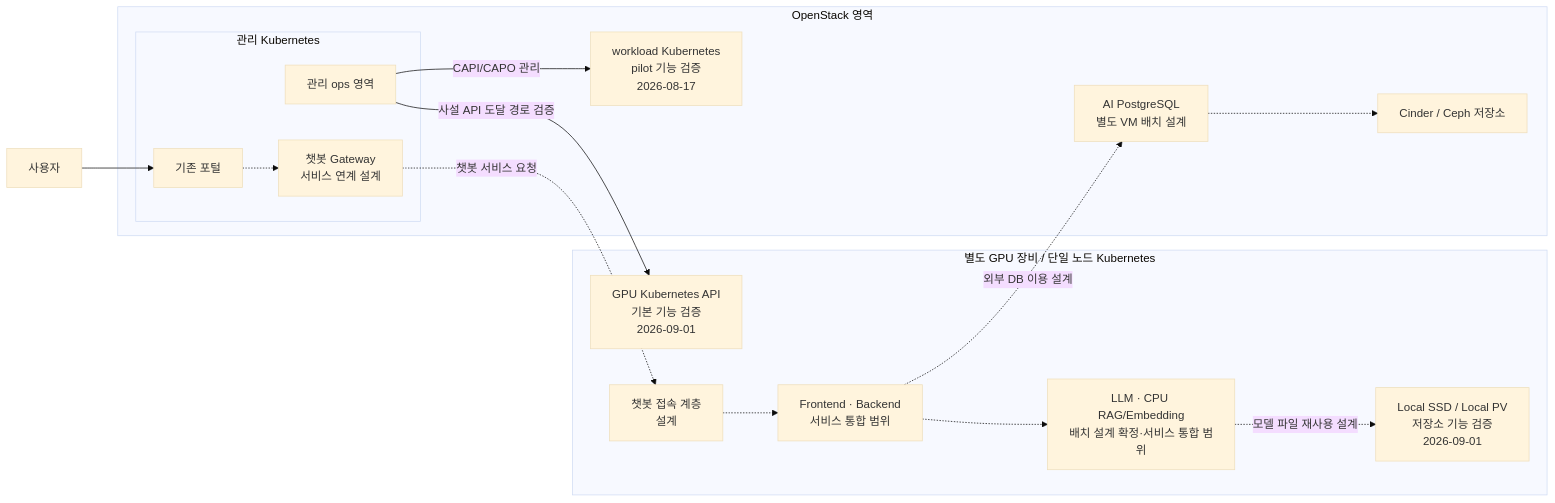
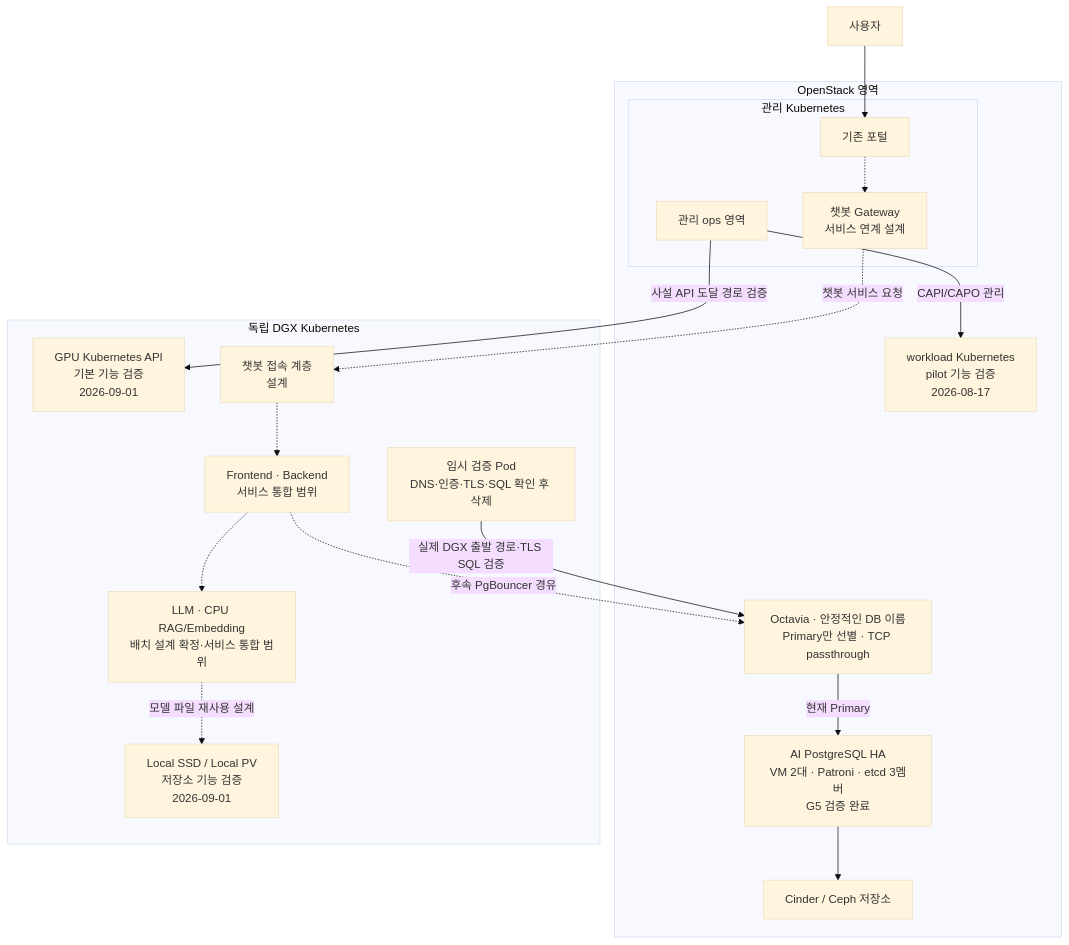
Before and after one commit to seungyeobchoi/portfolio: the diagram in diagrams/03-openstack-kubernetes-gpu.md, drawn with Mermaid (base theme). The commit also changed other lines of this file and 8 other files, not shown here.

First line of the commit message:
docs: complete G5 HA case study and refresh AI architecture

````diff
--- a/diagrams/03-openstack-kubernetes-gpu.md
+++ b/diagrams/03-openstack-kubernetes-gpu.md
@@ -7,31 +7,35 @@
 ```mermaid
-flowchart LR
+flowchart TB
     U["사용자"]
     subgraph OS["OpenStack 영역"]
         subgraph MG["관리 Kubernetes"]
             PORTAL["기존 포털"]
             OPS["관리 ops 영역"]
             GW["챗봇 Gateway<br/>서비스 연계 설계"]
         end
         WC["workload Kubernetes<br/>pilot 기능 검증<br/>2026-08-17"]
-        DB["AI PostgreSQL<br/>별도 VM 배치 설계"]
+        DB["AI PostgreSQL HA<br/>VM 2대 · Patroni · etcd 3멤버<br/>G5 검증 완료"]
+        LB["Octavia · 안정적인 DB 이름<br/>Primary만 선별 · TCP passthrough"]
         VOL["Cinder / Ceph 저장소"]
     end
-    subgraph GPU["별도 GPU 장비 / 단일 노드 Kubernetes"]
+    subgraph GPU["독립 DGX Kubernetes"]
+        PROBE["임시 검증 Pod<br/>DNS·인증·TLS·SQL 확인 후 삭제"]
         GAPI["GPU Kubernetes API<br/>기본 기능 검증<br/>2026-09-01"]
         EDGE["챗봇 접속 계층<br/>설계"]
         APP["Frontend · Backend<br/>서비스 통합 범위"]
         MODEL["LLM · CPU RAG/Embedding<br/>배치 설계 확정·서비스 통합 범위"]
         SSD["Local SSD / Local PV<br/>저장소 기능 검증<br/>2026-09-01"]
     end
     U --> PORTAL
     OPS -->|"CAPI/CAPO 관리"| WC
     OPS -->|"사설 API 도달 경로 검증"| GAPI
     PORTAL -.-> GW
     GW -.->|"챗봇 서비스 요청"| EDGE
     EDGE -.-> APP
     APP -.-> MODEL
-    APP -.->|"외부 DB 이용 설계"| DB
-    DB -.-> VOL
+    APP -.->|"후속 PgBouncer 경유"| LB
+    PROBE -->|"실제 DGX 출발 경로·TLS SQL 검증"| LB
+    LB -->|"현재 Primary"| DB
+    DB --> VOL
     MODEL -.->|"모델 파일 재사용 설계"| SSD
 ```
````
